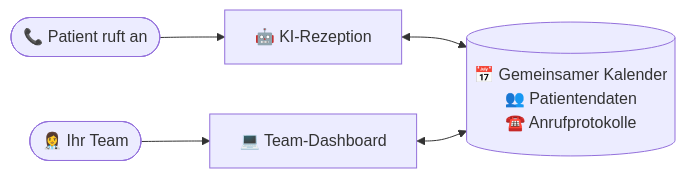
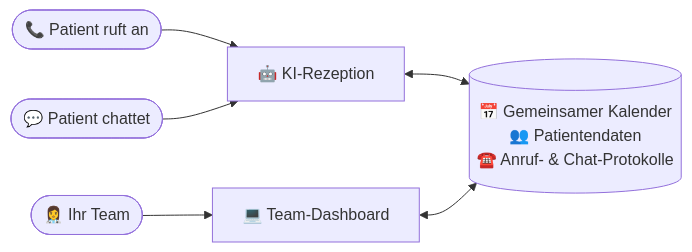
One commit to hbela/sunshine-dental changed the first of 2 diagrams in docs/user-guide.de.md. Above: the diagram before and after it, drawn with Mermaid. The commit also changed other lines of this file and 39 other files, not shown here.

````diff
--- a/docs/user-guide.de.md
+++ b/docs/user-guide.de.md
@@ -52,7 +64,8 @@
 ```mermaid
 flowchart LR
     Patient([📞 Patient ruft an]) --> AI[🤖 KI-Rezeption]
-    AI <--> Core[(📅 Gemeinsamer Kalender<br/>👥 Patientendaten<br/>☎️ Anrufprotokolle)]
+    Chat([💬 Patient chattet]) --> AI
+    AI <--> Core[(📅 Gemeinsamer Kalender<br/>👥 Patientendaten<br/>☎️ Anruf- & Chat-Protokolle)]
     Staff([👩‍⚕️ Ihr Team]) --> Dashboard[💻 Team-Dashboard]
     Dashboard <--> Core
 ```
````
